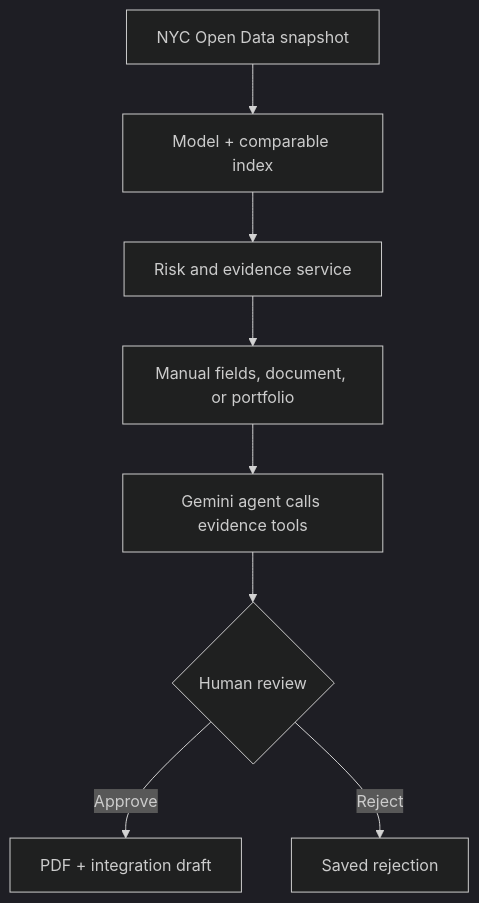
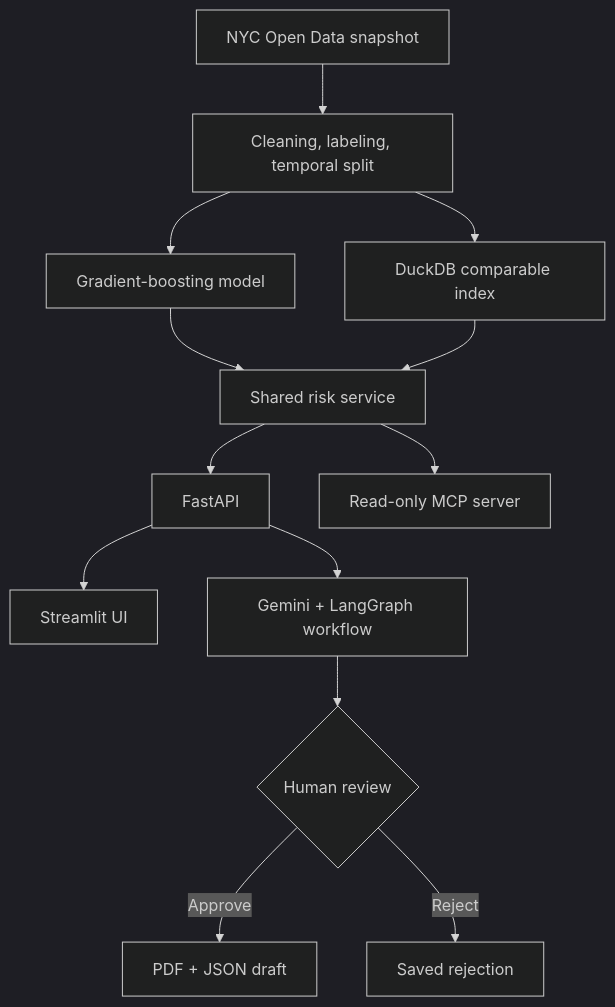
One commit to ivky03/permitpulse-ai changed the first of 2 diagrams in README.md. Above: the diagram before and after it, drawn with Mermaid (dark theme). The commit also changed other lines of this file, not shown here.

````diff
--- a/README.md
+++ b/README.md
@@ -38,10 +79,15 @@
 ```mermaid
 flowchart TD
-    A["NYC Open Data snapshot"] --> B["Model + comparable index"]
-    B --> C["Risk and evidence service"]
-    C --> D["Manual fields, document, or portfolio"]
-    D --> E["Gemini agent calls evidence tools"]
-    E --> F{"Human review"}
-    F -->|Approve| G["PDF + integration draft"]
-    F -->|Reject| H["Saved rejection"]
+    A["NYC Open Data snapshot"] --> B["Cleaning, labeling, temporal split"]
+    B --> C["Gradient-boosting model"]
+    B --> D["DuckDB comparable index"]
+    C --> E["Shared risk service"]
+    D --> E
+    E --> F["FastAPI"]
+    F --> G["Streamlit UI"]
+    F --> H["Gemini + LangGraph workflow"]
+    E --> I["Read-only MCP server"]
+    H --> J{"Human review"}
+    J -->|Approve| K["PDF + JSON draft"]
+    J -->|Reject| L["Saved rejection"]
 ```
````
